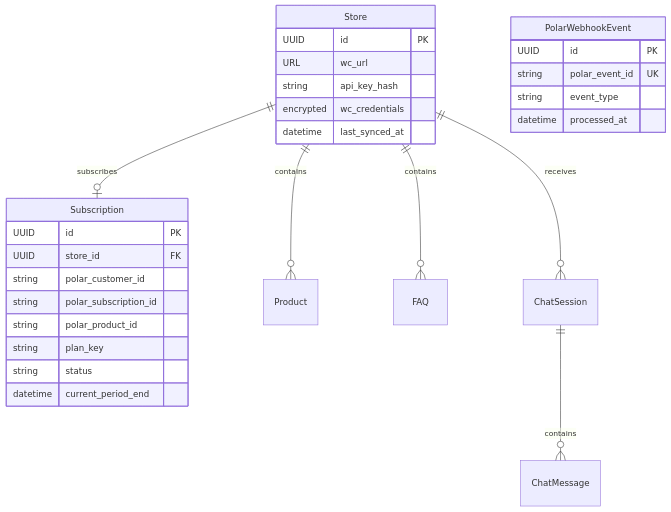
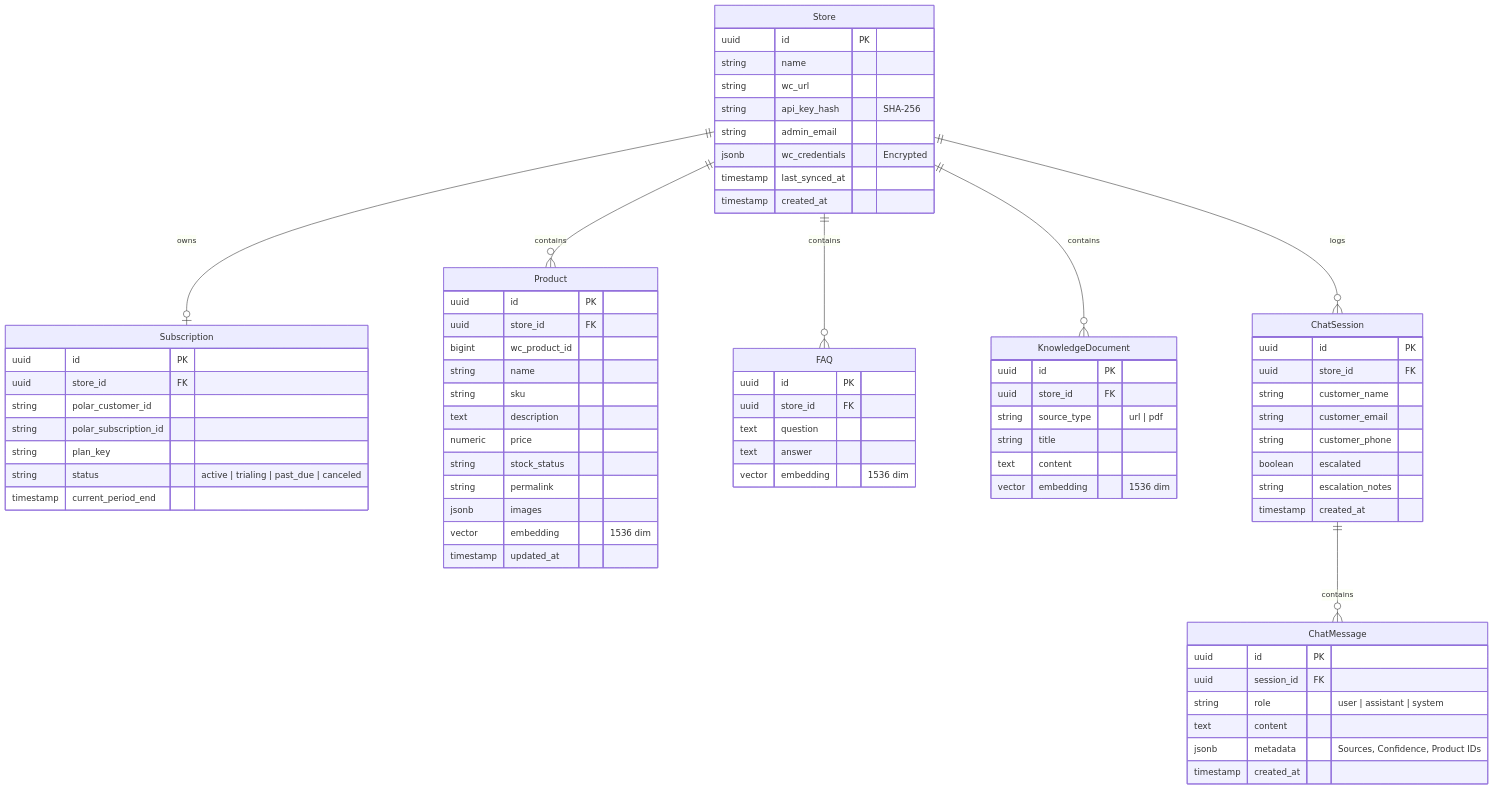
The second of 5 diagrams in _docs/architecture.md (aji-pratama/woocs), drawn with Mermaid before and after one commit. The commit also changed other lines of this file and 2 other files, not shown here.

Commit message:
docs: update README, architecture, and PRD documents with current tech stack and setup workflows

````diff
--- a/_docs/architecture.md
+++ b/_docs/architecture.md
@@ -132,32 +93,82 @@
 ```mermaid
 erDiagram
-    Store ||--o| Subscription : subscribes
+    Store ||--o| Subscription : owns
     Store ||--o{ Product : contains
     Store ||--o{ FAQ : contains
-    Store ||--o{ ChatSession : receives
+    Store ||--o{ KnowledgeDocument : contains
+    Store ||--o{ ChatSession : logs
     ChatSession ||--o{ ChatMessage : contains
 
     Store {
-        UUID id PK
-        URL wc_url
-        string api_key_hash
-        encrypted wc_credentials
-        datetime last_synced_at
+        uuid id PK
+        string name
+        string wc_url
+        string api_key_hash "SHA-256"
+        string admin_email
+        jsonb wc_credentials "Encrypted"
+        timestamp last_synced_at
+        timestamp created_at
     }
+
+    Product {
+        uuid id PK
+        uuid store_id FK
+        bigint wc_product_id
+        string name
+        string sku
+        text description
+        numeric price
+        string stock_status
+        string permalink
+        jsonb images
+        vector embedding "1536 dim"
+        timestamp updated_at
+    }
+
+    FAQ {
+        uuid id PK
+        uuid store_id FK
+        text question
+        text answer
+        vector embedding "1536 dim"
+    }
+
+    KnowledgeDocument {
+        uuid id PK
+        uuid store_id FK
+        string source_type "url | pdf"
+        string title
+        text content
+        vector embedding "1536 dim"
+    }
+
+    ChatSession {
+        uuid id PK
+        uuid store_id FK
+        string customer_name
+        string customer_email
+        string customer_phone
+        boolean escalated
+        string escalation_notes
+        timestamp created_at
+    }
+
+    ChatMessage {
+        uuid id PK
+        uuid session_id FK
+        string role "user | assistant | system"
+        text content
+        jsonb metadata "Sources, Confidence, Product IDs"
+        timestamp created_at
+    }
+
     Subscription {
-        UUID id PK
-        UUID store_id FK
+        uuid id PK
+        uuid store_id FK
         string polar_customer_id
         string polar_subscription_id
-        string polar_product_id
         string plan_key
-        string status
-        datetime current_period_end
-    }
-    PolarWebhookEvent {
-        UUID id PK
-        string polar_event_id UK
-        string event_type
-        datetime processed_at
+        string status "active | trialing | past_due | canceled"
+        timestamp current_period_end
     }
 ```
````
